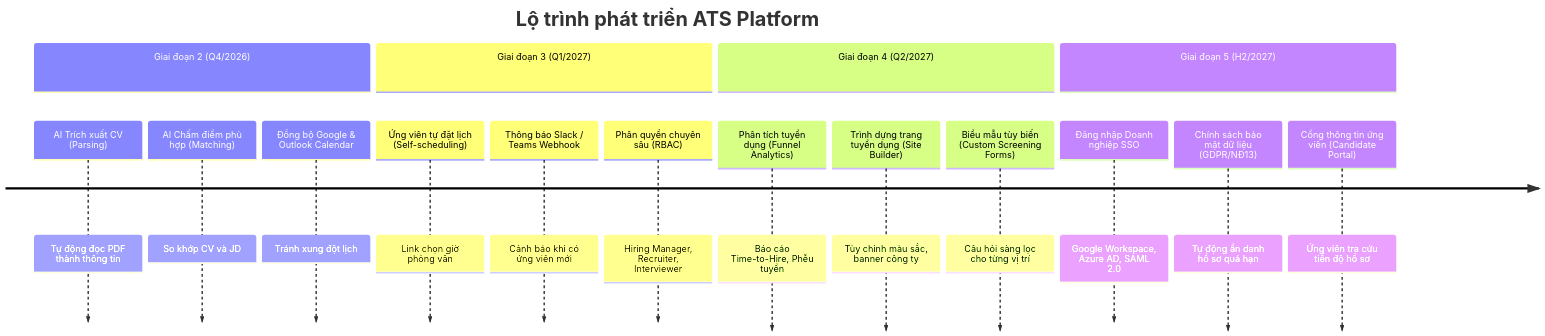
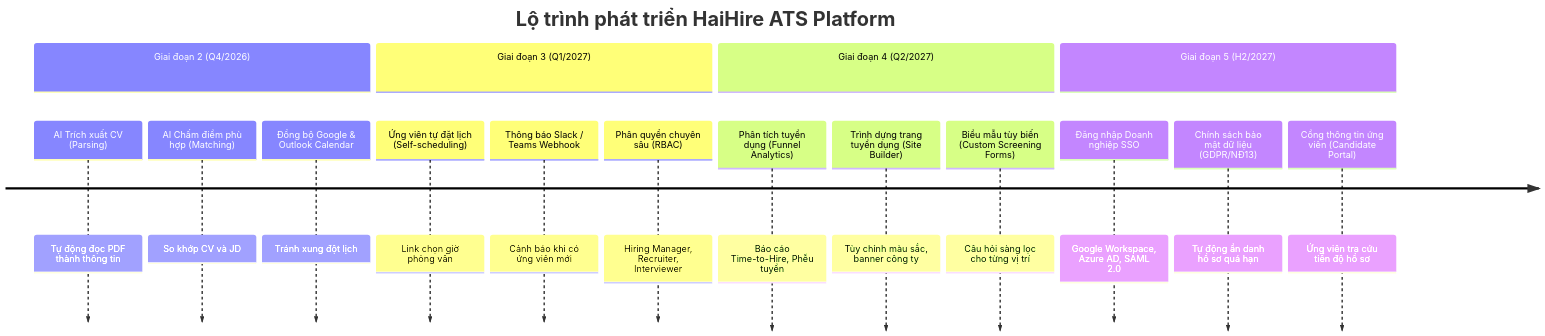
The diagram in docs/ROADMAP.md (ntuan2502/haihire), drawn with Mermaid before and after one commit. The commit also changed other lines of this file and 22 other files, not shown here.

````diff
--- a/docs/ROADMAP.md
+++ b/docs/ROADMAP.md
@@ -155,20 +124,20 @@
 ```mermaid
 timeline
-    title Lộ trình phát triển ATS Platform
+    title Lộ trình phát triển HaiHire ATS Platform
     section Giai đoạn 2 (Q4/2026)
         AI Trích xuất CV (Parsing) : Tự động đọc PDF thành thông tin
         AI Chấm điểm phù hợp (Matching) : So khớp CV và JD
         Đồng bộ Google & Outlook Calendar : Tránh xung đột lịch
     section Giai đoạn 3 (Q1/2027)
         Ứng viên tự đặt lịch (Self-scheduling) : Link chọn giờ phỏng vấn
         Thông báo Slack / Teams Webhook : Cảnh báo khi có ứng viên mới
         Phân quyền chuyên sâu (RBAC) : Hiring Manager, Recruiter, Interviewer
     section Giai đoạn 4 (Q2/2027)
         Phân tích tuyển dụng (Funnel Analytics) : Báo cáo Time-to-Hire, Phễu tuyển
         Trình dựng trang tuyển dụng (Site Builder) : Tùy chỉnh màu sắc, banner công ty
         Biểu mẫu tùy biến (Custom Screening Forms) : Câu hỏi sàng lọc cho từng vị trí
     section Giai đoạn 5 (H2/2027)
         Đăng nhập Doanh nghiệp SSO : Google Workspace, Azure AD, SAML 2.0
         Chính sách bảo mật dữ liệu (GDPR/NĐ13) : Tự động ẩn danh hồ sơ quá hạn
         Cổng thông tin ứng viên (Candidate Portal) : Ứng viên tra cứu tiến độ hồ sơ
 ```
````
